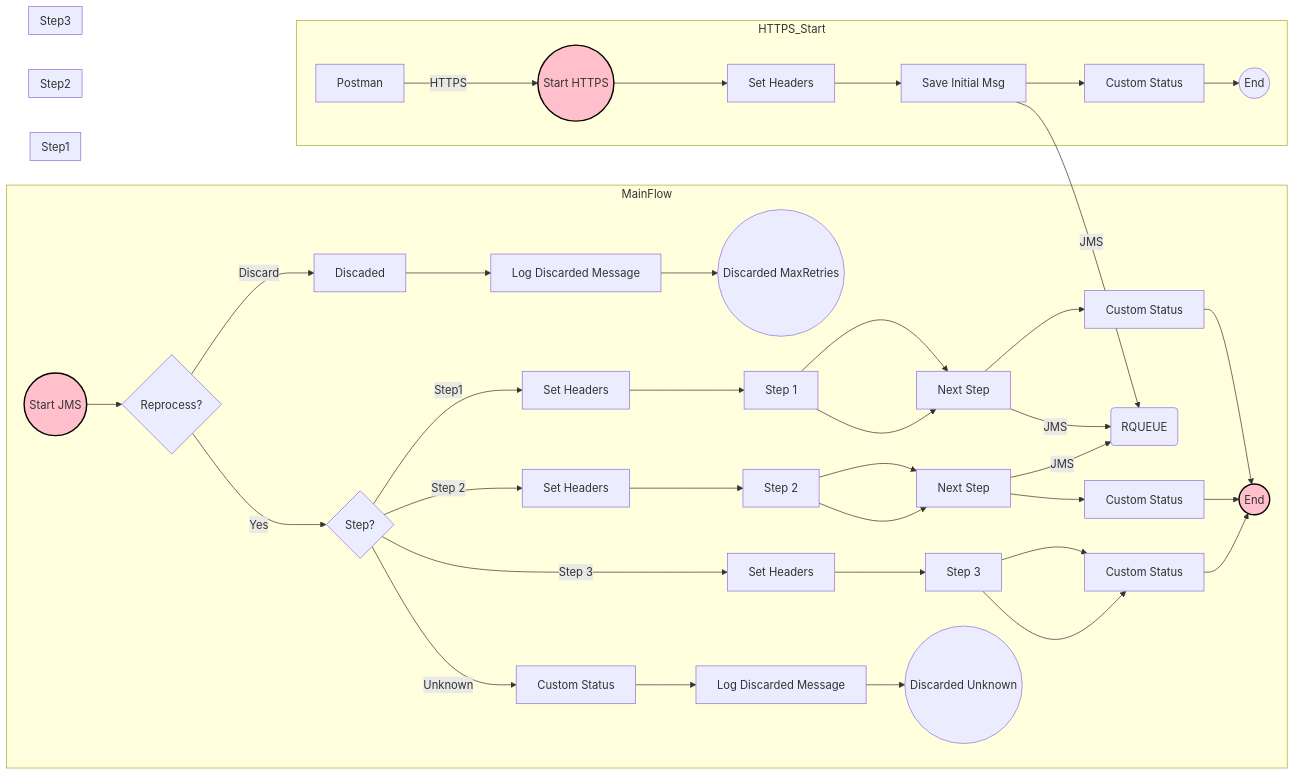
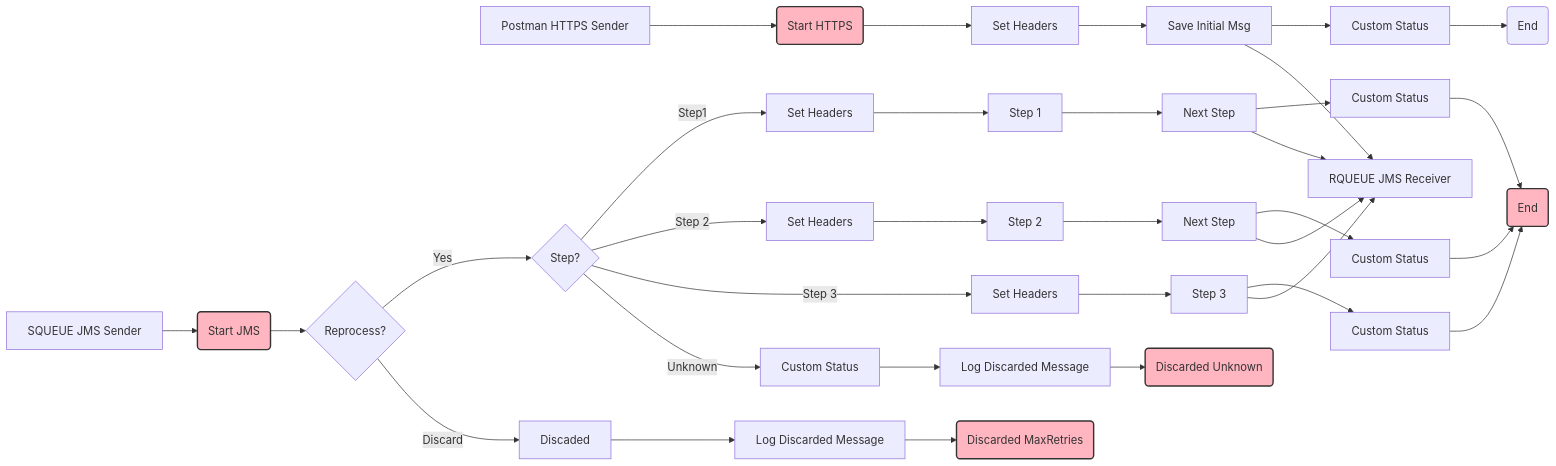
One commit to Avvale-IA-CICD/AvvaleCPI changed the diagram in MMZ - Cell Iflows/SEDA_Model_-_Single_Queue_-_Restart_and_Discard_MMZ-1.0.0/readme.md. Above: the diagram before and after it, drawn with Mermaid. The commit also changed other lines of this file, not shown here.

Commit message:
Add/update documentation for SEDA_Model_-_Single_Queue_-_Restart_and_Discard_MMZ v1.0.0

````diff
--- a/MMZ - Cell Iflows/SEDA_Model_-_Single_Queue_-_Restart_and_Discard_MMZ-1.0.0/readme.md
+++ b/MMZ - Cell Iflows/SEDA_Model_-_Single_Queue_-_Restart_and_Discard_MMZ-1.0.0/readme.md
@@ -4,58 +4,46 @@
 ```mermaid
 graph LR
-    subgraph MainFlow
-    style StartEvent_2 fill:pink,stroke:black,stroke-width:2px
-    style EndEvent_2 fill:pink,stroke:black,stroke-width:2px
+    style StartEvent_2 fill:#FFB6C1,stroke:#333,stroke-width:2px
+    style StartEvent_12079806 fill:#FFB6C1,stroke:#333,stroke-width:2px
+    style EndEvent_2 fill:#FFB6C1,stroke:#333,stroke-width:2px
+    style EndEvent_9104 fill:#FFB6C1,stroke:#333,stroke-width:2px
+    style EndEvent_12079826 fill:#FFB6C1,stroke:#333,stroke-width:2px
 
-    StartEvent_2((Start JMS)) --> ExclusiveGateway_9098{Reprocess?}
+    Participant_1[SQUEUE JMS Sender] --> StartEvent_2(Start JMS)
+    Participant_12079805[Postman HTTPS Sender] --> StartEvent_12079806(Start HTTPS)
+    StartEvent_12079806 --> CallActivity_9054[Set Headers]
+    CallActivity_9054 --> ServiceTask_9058[Save Initial Msg]
+    ServiceTask_9058 --> CallActivity_9062[Custom Status]
+    CallActivity_9062 --> EndEvent_9052(End)
+    ServiceTask_9058 --> Participant_59[RQUEUE JMS Receiver]
+
+    StartEvent_2 --> ExclusiveGateway_9098{Reprocess?}
     ExclusiveGateway_9098 -- Yes --> ExclusiveGateway_12{Step?}
     ExclusiveGateway_9098 -- Discard --> CallActivity_9101[Discaded]
     CallActivity_9101 --> CallActivity_12079775[Log Discarded Message]
-    CallActivity_12079775 --> EndEvent_9104((Discarded MaxRetries))
+    CallActivity_12079775 --> EndEvent_9104(Discarded MaxRetries)
 
     ExclusiveGateway_12 -- Step1 --> CallActivity_12079818[Set Headers]
     CallActivity_12079818 --> CallActivity_15[Step 1]
     CallActivity_15 --> ServiceTask_56[Next Step]
     ServiceTask_56 --> CallActivity_9071[Custom Status]
-    CallActivity_9071 --> EndEvent_2((End))
-    ServiceTask_56 -- JMS --> RQUEUE(RQUEUE)
+    ServiceTask_56 --> Participant_59
+    CallActivity_9071 --> EndEvent_2(End)
 
     ExclusiveGateway_12 -- Step 2 --> CallActivity_12079821[Set Headers]
     CallActivity_12079821 --> CallActivity_18[Step 2]
     CallActivity_18 --> ServiceTask_9069[Next Step]
     ServiceTask_9069 --> CallActivity_9077[Custom Status]
-    CallActivity_9077 --> EndEvent_2((End))
-    ServiceTask_9069 -- JMS --> RQUEUE(RQUEUE)
+    ServiceTask_9069 --> Participant_59
+    CallActivity_9077 --> EndEvent_2(End)
 
     ExclusiveGateway_12 -- Step 3 --> CallActivity_12079824[Set Headers]
     CallActivity_12079824 --> CallActivity_21[Step 3]
     CallActivity_21 --> CallActivity_9074[Custom Status]
-    CallActivity_9074 --> EndEvent_2((End))
+    CallActivity_21 --> Participant_59
+    CallActivity_9074 --> EndEvent_2(End)
 
     ExclusiveGateway_12 -- Unknown --> CallActivity_20[Custom Status]
     CallActivity_20 --> CallActivity_12079827[Log Discarded Message]
-    CallActivity_12079827 --> EndEvent_12079826((Discarded Unknown))
-    end
-
-    subgraph Step1
-    CallActivity_15 --> ServiceTask_56
-    end
-
-    subgraph Step2
-    CallActivity_18 --> ServiceTask_9069
-    end
-
-    subgraph Step3
-    CallActivity_21 --> CallActivity_9074
-    end
-
-    subgraph HTTPS_Start
-    style StartEvent_12079806 fill:pink,stroke:black,stroke-width:2px
-    Postman[Postman] -- HTTPS --> StartEvent_12079806((Start HTTPS))
-    StartEvent_12079806 --> CallActivity_9054[Set Headers]
-    CallActivity_9054 --> ServiceTask_9058[Save Initial Msg]
-    ServiceTask_9058 --> CallActivity_9062[Custom Status]
-    CallActivity_9062 --> EndEvent_9052((End))
-    ServiceTask_9058 -- JMS --> RQUEUE(RQUEUE)
-    end
+    CallActivity_12079827 --> EndEvent_12079826(Discarded Unknown)
 ```
````
